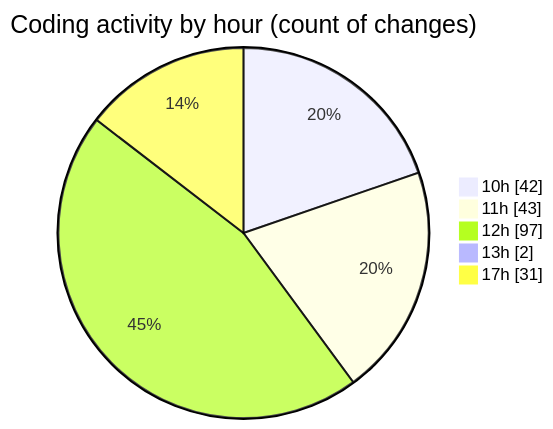
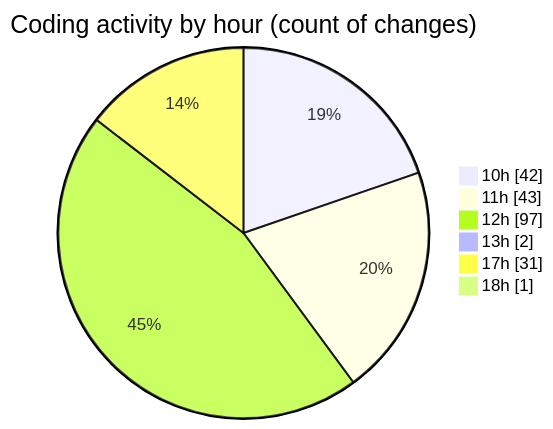
The second of 2 diagrams in 2025-05-15/ecodeli-1/README.md (CELIANVF/code-tracking), drawn with Mermaid before and after one commit. The commit also changed other lines of this file and 1 other file, not shown here.

````diff
--- a/2025-05-15/ecodeli-1/README.md
+++ b/2025-05-15/ecodeli-1/README.md
@@ -80,9 +80,10 @@
 ```mermaid
 pie showData
 title Coding activity by hour (count of changes)
 "10h" : 42
 "11h" : 43
 "12h" : 97
 "13h" : 2
 "17h" : 31
+"18h" : 1
 ```
````
